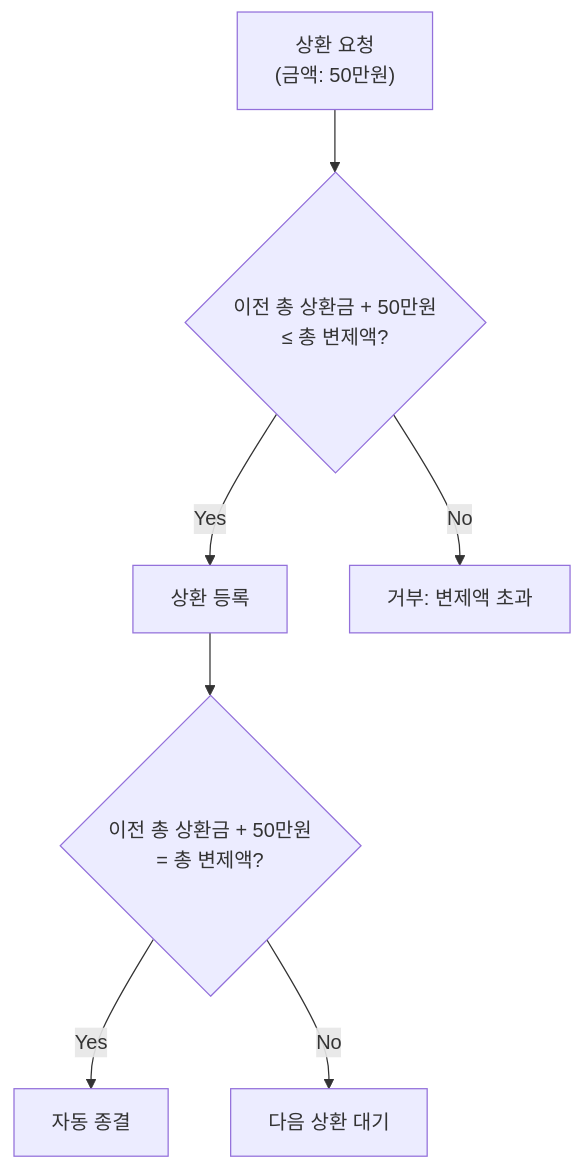
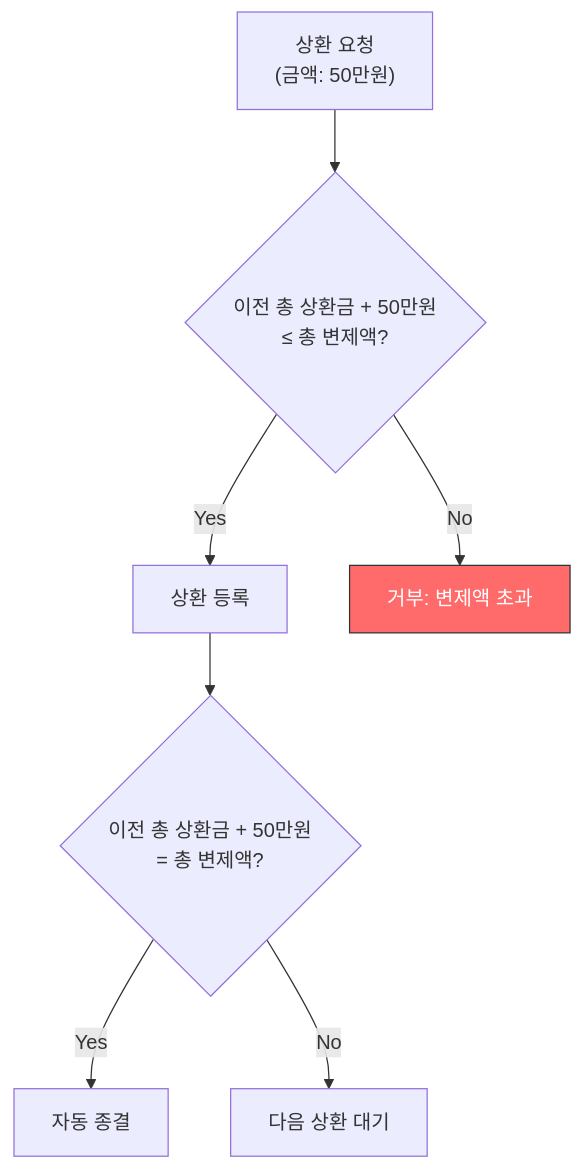
Before and after one commit to Gyubster/til: the fifth of 5 diagrams in _posts/2025-08-11-운영팀-자율화를-위한-워크플로우-재설계-상태-머신-패턴.md, drawn with Mermaid. The commit also changed 11 other files, not shown here.

````diff
--- a/_posts/2025-08-11-운영팀-자율화를-위한-워크플로우-재설계-상태-머신-패턴.md
+++ b/_posts/2025-08-11-운영팀-자율화를-위한-워크플로우-재설계-상태-머신-패턴.md
@@ -122,9 +122,10 @@
 ```mermaid
 flowchart TD
     A["상환 요청<br>(금액: 50만원)"] --> B{"이전 총 상환금 + 50만원<br>≤ 총 변제액?"}
     B -->|Yes| C["상환 등록"]
     C --> D{"이전 총 상환금 + 50만원<br>= 총 변제액?"}
     D -->|Yes| E["자동 종결"]
     D -->|No| F["다음 상환 대기"]
     B -->|No| G["거부: 변제액 초과"]
+    style G fill:#ff6b6b,stroke:#333,color:#fff
 ```
````
